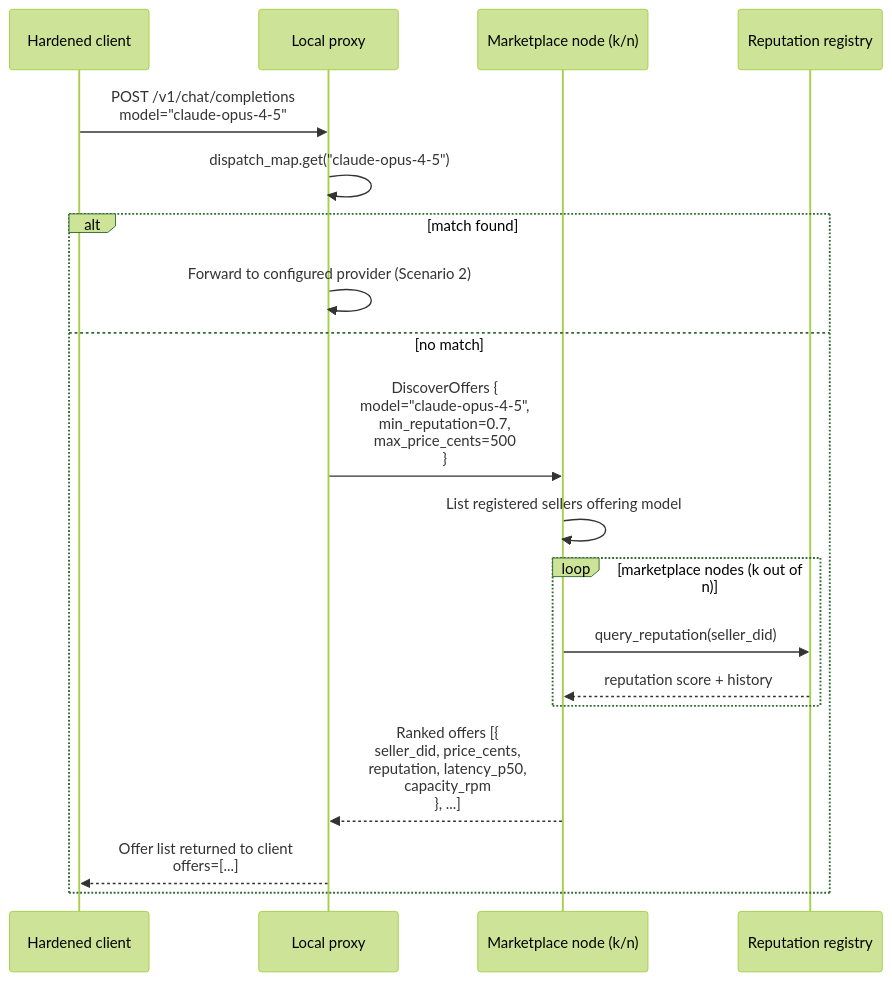
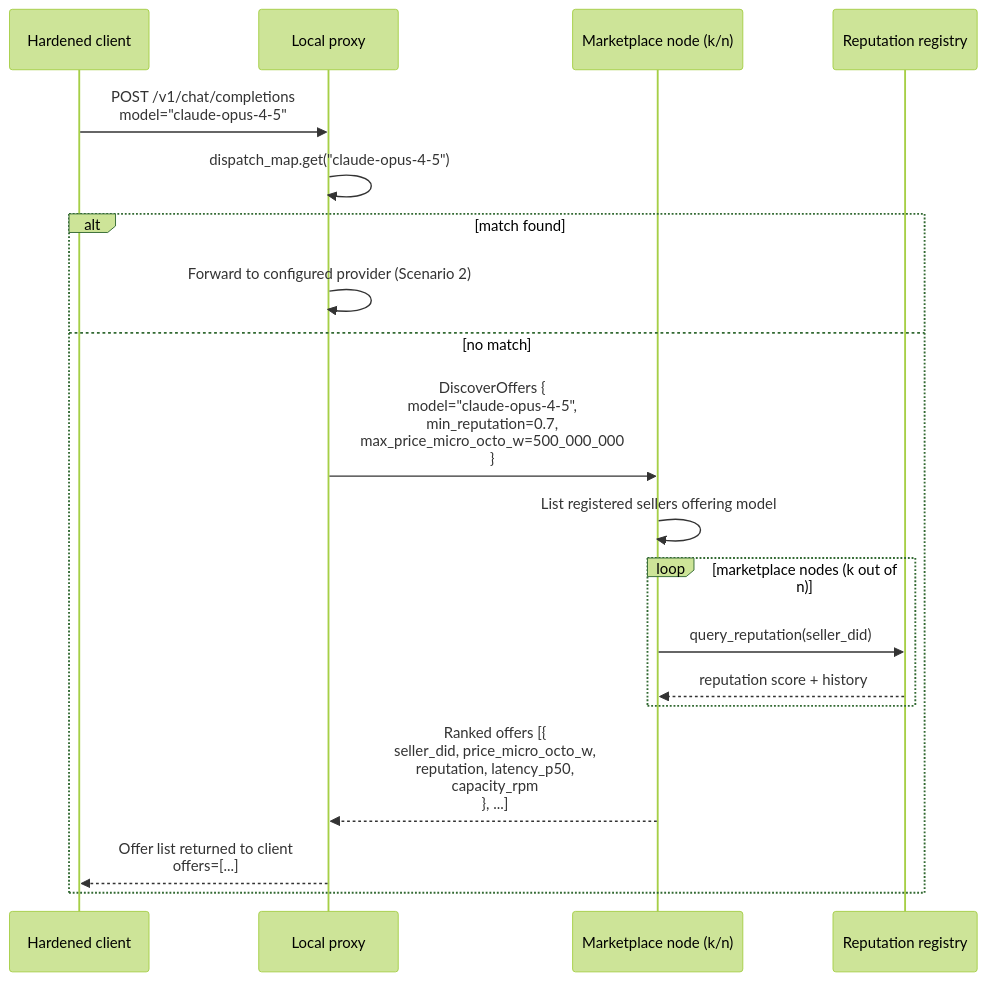
The sixth of 14 diagrams in docs/architecture/end-to-end-scenarios.md (CipherOcto/cipherocto), drawn with Mermaid (forest theme) before and after one commit. The commit also changed other lines of this file, not shown here.

First line of the commit message:
docs(architecture): round 8 review fixes (cents→micro_octo_w, TrustRegistry, MaxPerTx tuple, markdown)

````diff
--- a/docs/architecture/end-to-end-scenarios.md
+++ b/docs/architecture/end-to-end-scenarios.md
@@ -270,22 +271,22 @@
 ```mermaid
 sequenceDiagram
     participant C as Hardened client
     participant P as Local proxy
     participant MK as Marketplace node (k/n)
     participant RR as Reputation registry
 
     C->>P: POST /v1/chat/completions<br/>model="claude-opus-4-5"
     P->>P: dispatch_map.get("claude-opus-4-5")
     alt match found
         P->>P: Forward to configured provider (Scenario 2)
     else no match
-        P->>MK: DiscoverOffers {<br/>  model="claude-opus-4-5",<br/>  min_reputation=0.7,<br/>  max_price_cents=500<br/>}
+        P->>MK: DiscoverOffers {<br/>  model="claude-opus-4-5",<br/>  min_reputation=0.7,<br/>  max_price_micro_octo_w=500_000_000<br/>}
         MK->>MK: List registered sellers offering model
         loop marketplace nodes (k out of n)
             MK->>RR: query_reputation(seller_did)
             RR-->>MK: reputation score + history
         end
-        MK-->>P: Ranked offers [{<br/>  seller_did, price_cents,<br/>  reputation, latency_p50,<br/>  capacity_rpm<br/>}, ...]
+        MK-->>P: Ranked offers [{<br/>  seller_did, price_micro_octo_w,<br/>  reputation, latency_p50,<br/>  capacity_rpm<br/>}, ...]
         P-->>C: Offer list returned to client<br/>offers=[...]
     end
 ```
````
